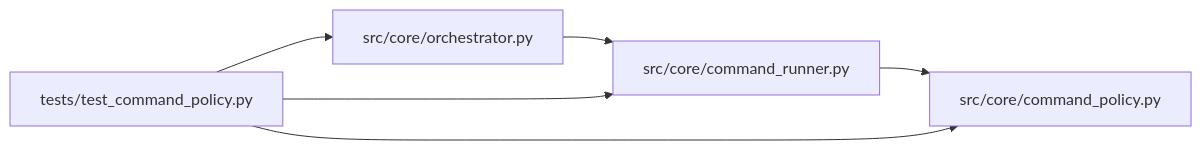
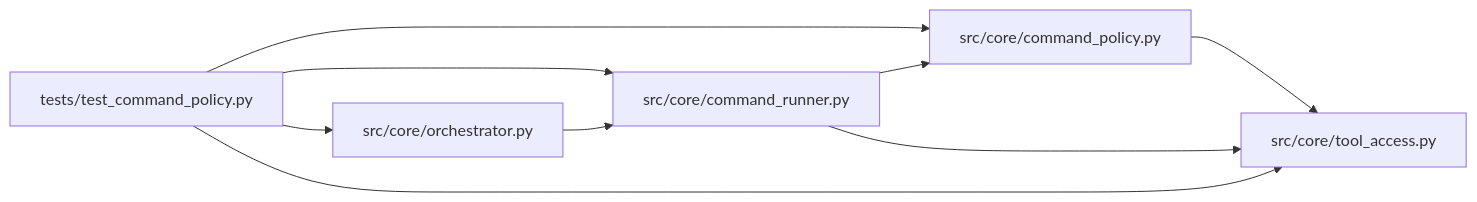
Before and after one commit to Denissvgn/autoresearch-agent: the diagram in docs/llm_wiki/modules/test_command_policy.md, drawn with Mermaid. The commit also changed other lines of this file and 73 other files, not shown here.

````diff
--- a/docs/llm_wiki/modules/test_command_policy.md
+++ b/docs/llm_wiki/modules/test_command_policy.md
@@ -29,16 +30,21 @@
 ```mermaid
 flowchart LR
     n0["src/core/command_policy.py"]
     n1["src/core/command_runner.py"]
     n2["src/core/orchestrator.py"]
-    n3["tests/test_command_policy.py"]
+    n3["src/core/tool_access.py"]
+    n4["tests/test_command_policy.py"]
+    n0 --> n3
     n1 --> n0
+    n1 --> n3
     n2 --> n1
-    n3 --> n0
-    n3 --> n1
-    n3 --> n2
+    n4 --> n0
+    n4 --> n1
+    n4 --> n2
+    n4 --> n3
     click n0 "../modules/command_policy.md"
     click n1 "../modules/command_runner.md"
     click n2 "../modules/orchestrator.md"
-    click n3 "../modules/test_command_policy.md"
+    click n3 "../modules/tool_access.md"
+    click n4 "../modules/test_command_policy.md"
 ```
````
